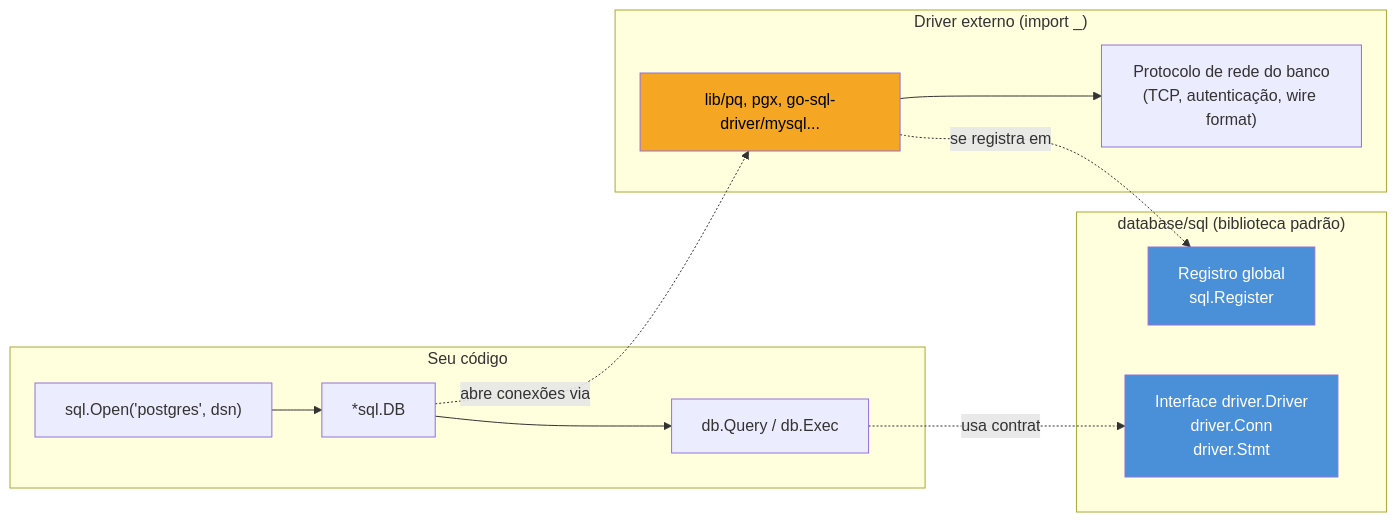
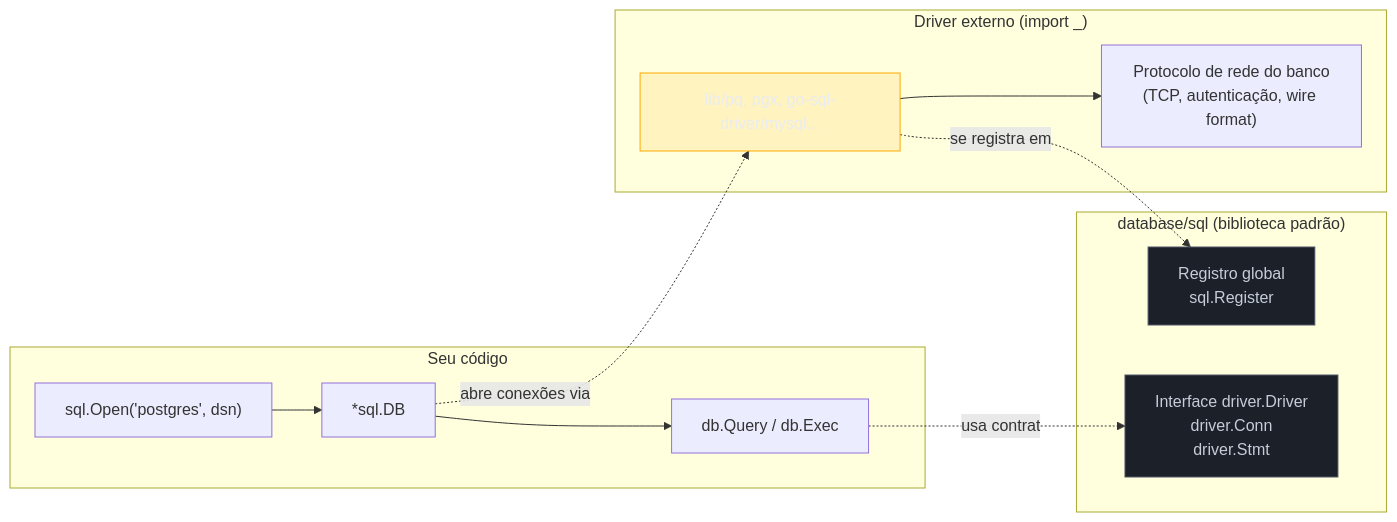
Before and after one commit to josenaldo/codex-technomanticus: the first of 2 diagrams in 03-Dominios/Tecnologia/Go/11 - Persistência/01 - database-sql — o contrato.md, drawn with Mermaid. The commit also changed 1181 other files, not shown here.

First line of the commit message:
fix(diagramas): paleta do sistema no lugar de cor cravada no markdown

````diff
--- a/03-Dominios/Tecnologia/Go/11 - Persistência/01 - database-sql — o contrato.md
+++ b/03-Dominios/Tecnologia/Go/11 - Persistência/01 - database-sql — o contrato.md
@@ -31,26 +31,28 @@
 ```mermaid
 flowchart LR
+    classDef neutro fill:#1B2029,stroke:#4E5666,color:#C6CCD8
+    classDef destaque fill:#FFAA0024,stroke:#FFAA00,color:#E9ECF2
     subgraph App["Seu código"]
         A["sql.Open('postgres', dsn)"] --> B["*sql.DB"]
         B --> C["db.Query / db.Exec"]
     end
 
     subgraph Std["database/sql (biblioteca padrão)"]
         D["Interface driver.Driver\ndriver.Conn\ndriver.Stmt"]
         E["Registro global\nsql.Register"]
     end
 
     subgraph Driver["Driver externo (import _)"]
         F["lib/pq, pgx, go-sql-driver/mysql..."]
         G["Protocolo de rede do banco\n(TCP, autenticação, wire format)"]
     end
 
     C -.usa contrato.-> D
     F -.se registra em.-> E
     F --> G
     B -."abre conexões via".-> F
 
-    style D fill:#4A90D9,color:#fff
-    style E fill:#4A90D9,color:#fff
-    style F fill:#F5A623,color:#000
+    class D neutro
+    class E neutro
+    class F destaque
 ```
````
